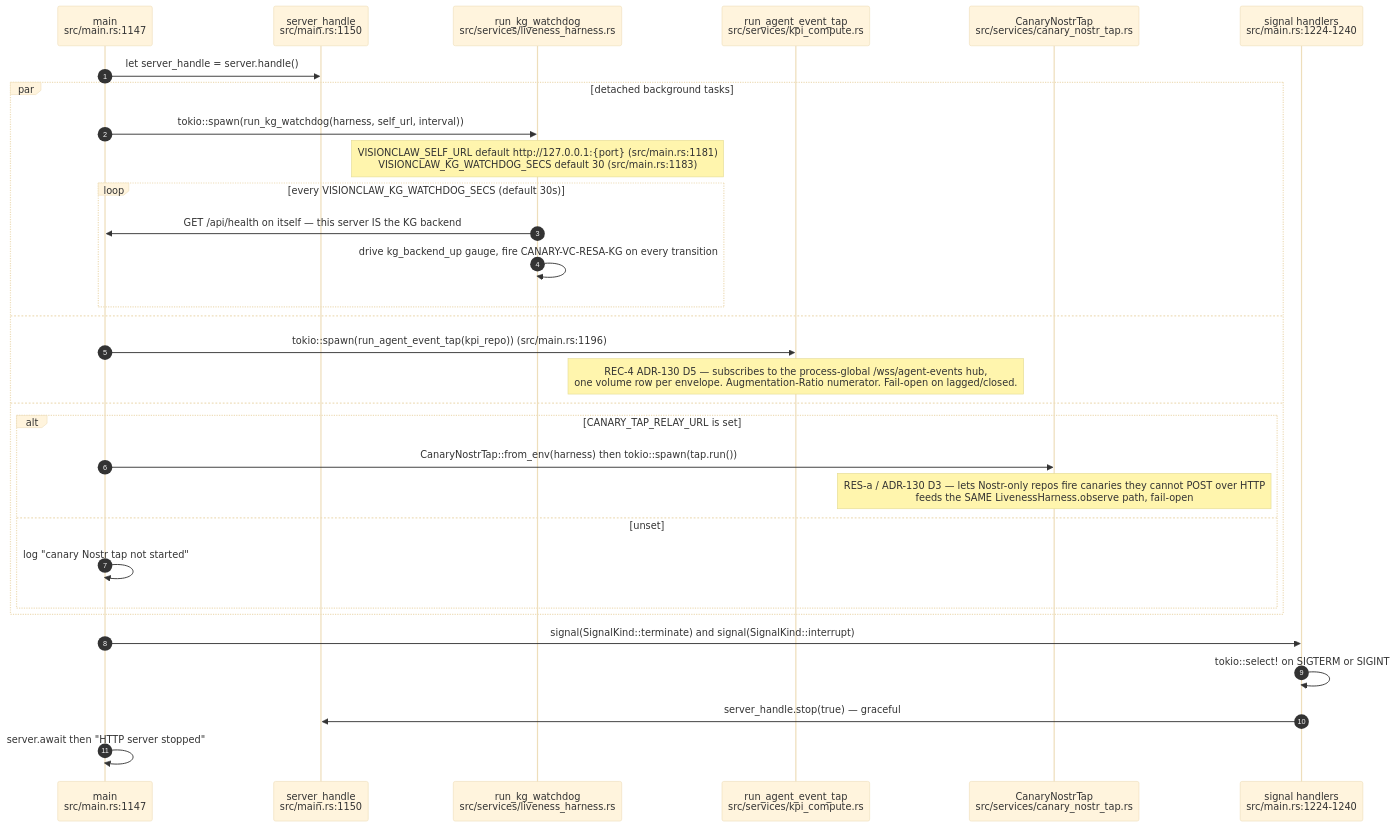
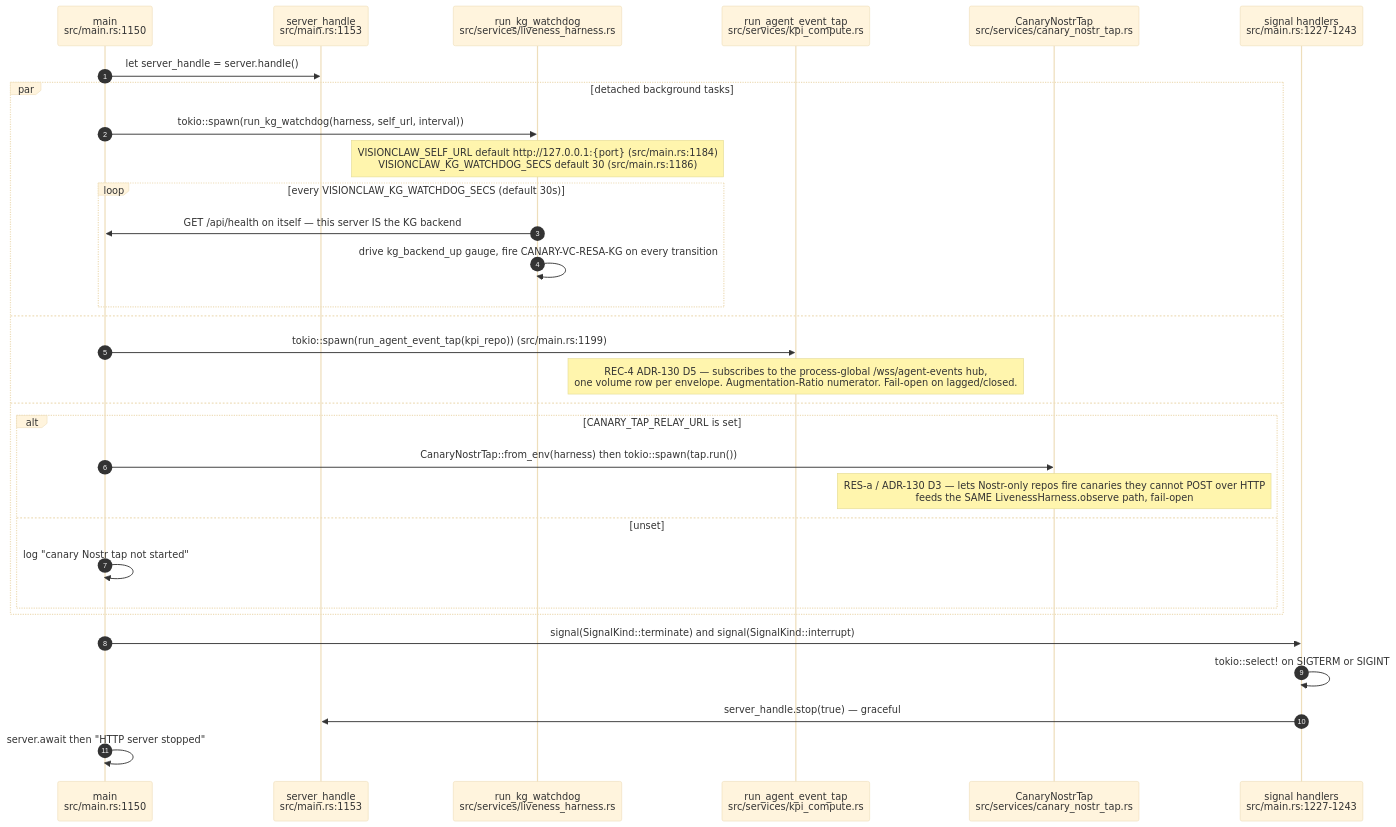
One commit to DreamLab-AI/AR-AI-Knowledge-Graph changed the eighth of 14 diagrams in docs/diagrams/visionclaw/01-boot-and-app-state.md. Above: the diagram before and after it, drawn with Mermaid (base theme). The commit also changed other lines of this file and 73 other files, not shown here.

First line of the commit message:
docs(diagrams): re-verify all 71 topic files against HEAD; add --cite-check

````diff
--- a/docs/diagrams/visionclaw/01-boot-and-app-state.md
+++ b/docs/diagrams/visionclaw/01-boot-and-app-state.md
@@ -348,34 +348,34 @@
 ```mermaid
 sequenceDiagram
     autonumber
-    participant M as main<br/>src/main.rs:1147
-    participant SH as server_handle<br/>src/main.rs:1150
+    participant M as main<br/>src/main.rs:1150
+    participant SH as server_handle<br/>src/main.rs:1153
     participant WD as run_kg_watchdog<br/>src/services/liveness_harness.rs
     participant TAP as run_agent_event_tap<br/>src/services/kpi_compute.rs
     participant CT as CanaryNostrTap<br/>src/services/canary_nostr_tap.rs
-    participant SIG as signal handlers<br/>src/main.rs:1224-1240
+    participant SIG as signal handlers<br/>src/main.rs:1227-1243
 
     M->>SH: let server_handle = server.handle()
     par detached background tasks
         M->>WD: tokio::spawn(run_kg_watchdog(harness, self_url, interval))
-        Note over WD: VISIONCLAW_SELF_URL default http://127.0.0.1:{port} (src/main.rs:1181)<br/>VISIONCLAW_KG_WATCHDOG_SECS default 30 (src/main.rs:1183)
+        Note over WD: VISIONCLAW_SELF_URL default http://127.0.0.1:{port} (src/main.rs:1184)<br/>VISIONCLAW_KG_WATCHDOG_SECS default 30 (src/main.rs:1186)
         loop every VISIONCLAW_KG_WATCHDOG_SECS (default 30s)
             WD->>M: GET /api/health on itself — this server IS the KG backend
             WD->>WD: drive kg_backend_up gauge, fire CANARY-VC-RESA-KG on every transition
         end
     and
-        M->>TAP: tokio::spawn(run_agent_event_tap(kpi_repo)) (src/main.rs:1196)
+        M->>TAP: tokio::spawn(run_agent_event_tap(kpi_repo)) (src/main.rs:1199)
         Note over TAP: REC-4 ADR-130 D5 — subscribes to the process-global /wss/agent-events hub,<br/>one volume row per envelope. Augmentation-Ratio numerator. Fail-open on lagged/closed.
     and
         alt CANARY_TAP_RELAY_URL is set
             M->>CT: CanaryNostrTap::from_env(harness) then tokio::spawn(tap.run())
             Note over CT: RES-a / ADR-130 D3 — lets Nostr-only repos fire canaries they cannot POST over HTTP<br/>feeds the SAME LivenessHarness.observe path, fail-open
         else unset
             M->>M: log "canary Nostr tap not started"
         end
     end
     M->>SIG: signal(SignalKind::terminate) and signal(SignalKind::interrupt)
     SIG->>SIG: tokio::select! on SIGTERM or SIGINT
     SIG->>SH: server_handle.stop(true) — graceful
     M->>M: server.await then "HTTP server stopped"
 ```
````
